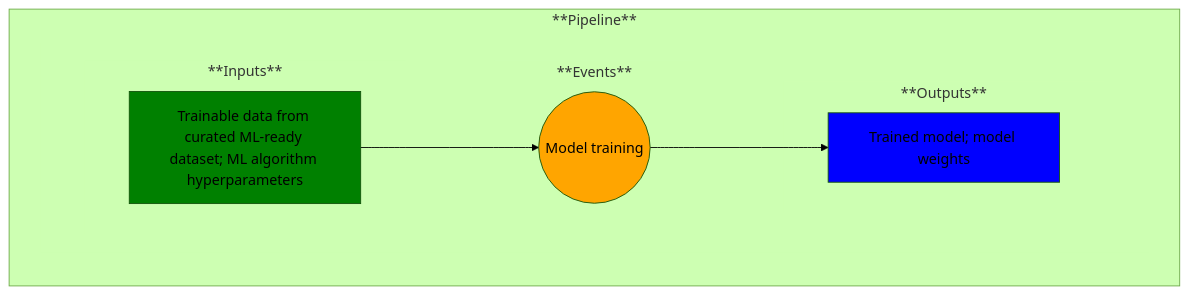
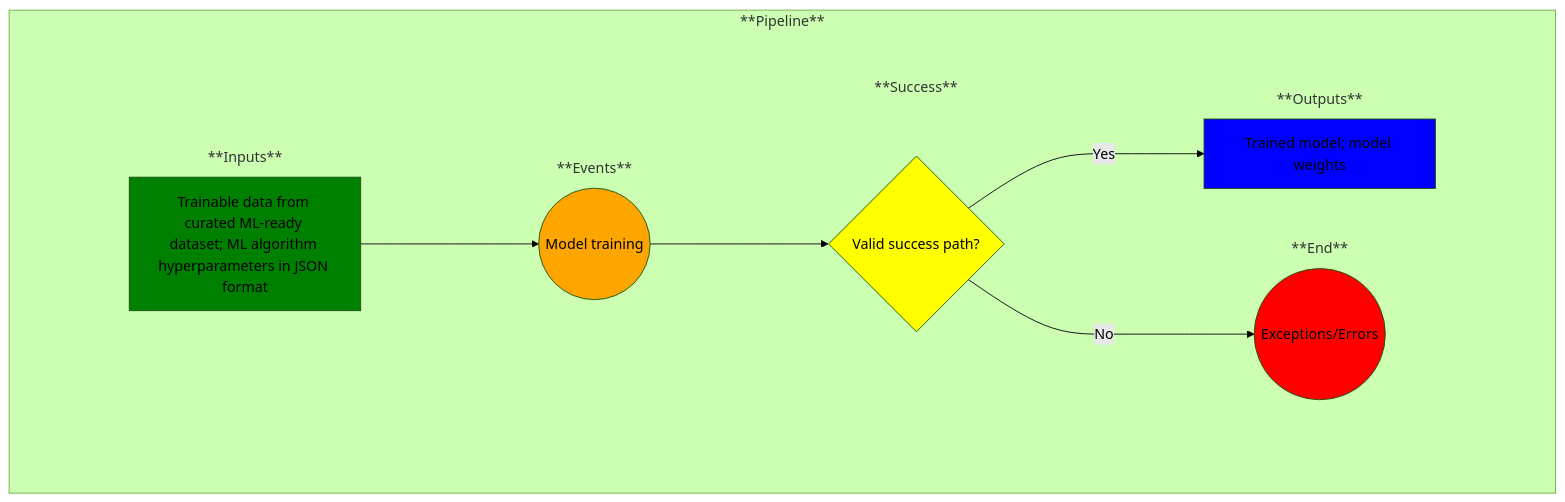
One commit to MLOps-OpenAPI/arch-diagrams changed the diagram in use-cases/9-model-trained.md. Above: the diagram before and after it, drawn with Mermaid (forest theme). The commit also changed other lines of this file, not shown here.

Commit message:
Updated UC9

````diff
--- a/use-cases/9-model-trained.md
+++ b/use-cases/9-model-trained.md
@@ -16,51 +16,65 @@
 ```mermaid
 
 %% Creating a left-to-right flowchart
 %% Learn the syntax here: https://mermaid.js.org/syntax/flowchart.html
 %% Note: flowchart and graph are the same in Mermaid
 graph LR;
 
     %% Define the common flow items:
     %%A--> B
     %%B-->C
     subgraph Pipeline ["**Pipeline**"]
         
         %% Add an empty node to overcome some formatting issues
         subgraph invisibleSpace["<br/>"]
 
-            %% Add the rest of the nodes
             subgraph Inputs ["**Inputs**"]
                 A
             end
             subgraph Events ["**Events**"]
                 B
             end
+            subgraph Success ["**Success**"]
+                C
+            end
+            subgraph End ["**End**"]
+                D
+            end
             subgraph Outputs ["**Outputs**"]
-                C
+                E
             end
         end
         A-->B
-        %%C--> | test text | D
         B-->C
-        %%D--> | test text | E
+        C--> | No | D
+        C--> | Yes | E
     end
 
     %% Now label and style the blocks
     %% Note: You could have done this above, but I find this to be cleaner and easier to manage
 
-    A[Trainable data from curated ML-ready dataset; ML algorithm hyperparameters]
+    A[Trainable data from curated ML-ready dataset; ML algorithm hyperparameters in JSON format]
     style A fill:green
 
     B((Model training))
     style B fill:orange
 
-    C[Trained model; model weights]
-    style C fill:blue
+    C{Valid success path?}
+    style C fill:yellow
 
+    D((Exceptions/Errors))
+    style D fill:red
+
+    E[Trained model; model weights]
+    style E fill:blue
+    
     %% Remove unnecessary box outlines
     style invisibleSpace stroke-width:0
     style Inputs stroke-width:0
     style Events stroke-width:0
     style Outputs stroke-width:0
+    style End stroke-width:0
+    style Success stroke-width:0
+
 
 ```
````
